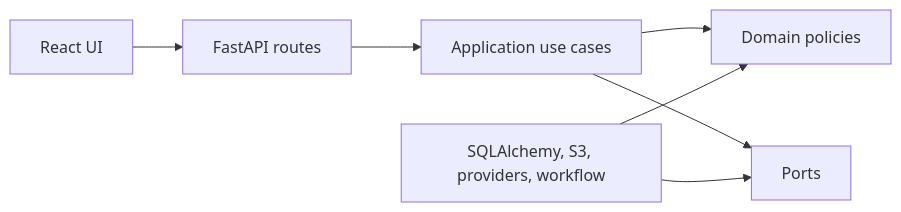
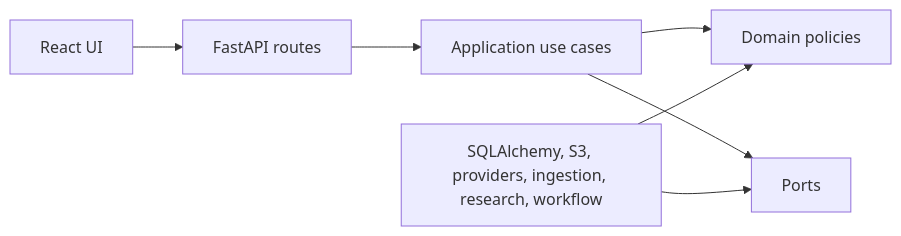
Before and after one commit to ShabalalaWATP/RedTeamAgent: the diagram in docs/architecture/architecture-decision-summary.md, drawn with Mermaid. The commit also changed other lines of this file and 79 other files, not shown here.

````diff
--- a/docs/architecture/architecture-decision-summary.md
+++ b/docs/architecture/architecture-decision-summary.md
@@ -20,9 +22,9 @@
 ```mermaid
 flowchart LR
   ui["React UI"] --> api["FastAPI routes"]
   api --> app["Application use cases"]
   app --> domain["Domain policies"]
   app --> ports["Ports"]
-  infra["SQLAlchemy, S3, providers, workflow"] --> ports
+  infra["SQLAlchemy, S3, providers, ingestion, research, workflow"] --> ports
   infra --> domain
 ```
````
